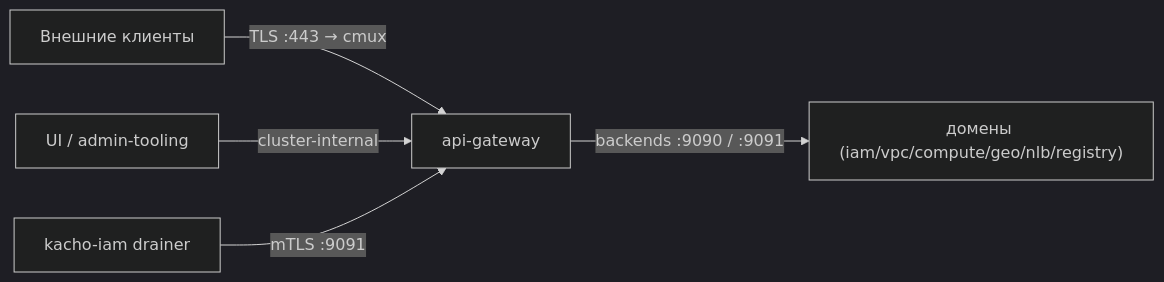
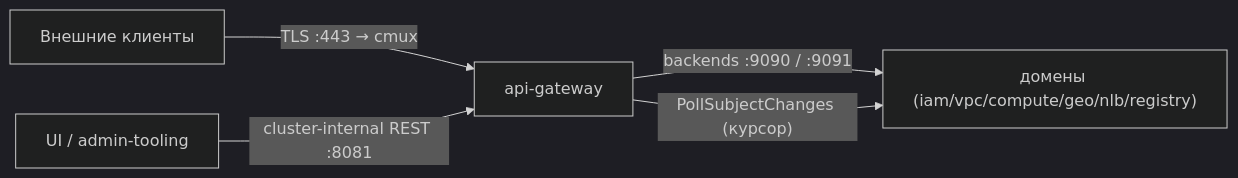
One commit to PRO-Robotech/kacho changed the diagram in gateway/docs/content/install/deploy.mdx. Above: the diagram before and after it, drawn with Mermaid (dark theme). The commit also changed other lines of this file and 29 other files, not shown here.

````diff
--- a/gateway/docs/content/install/deploy.mdx
+++ b/gateway/docs/content/install/deploy.mdx
@@ -68,7 +74,7 @@
 ```mermaid
 flowchart LR
   cli["Внешние клиенты"] -->|"TLS :443 → cmux"| agw["api-gateway"]
-  ui["UI / admin-tooling"] -->|"cluster-internal"| agw
-  iam["kacho-iam drainer"] -->|"mTLS :9091"| agw
+  ui["UI / admin-tooling"] -->|"cluster-internal REST :8081"| agw
   agw -->|"backends :9090 / :9091"| dom["домены (iam/vpc/compute/geo/nlb/registry)"]
+  agw -->|"PollSubjectChanges (курсор)"| dom
 ```
````
